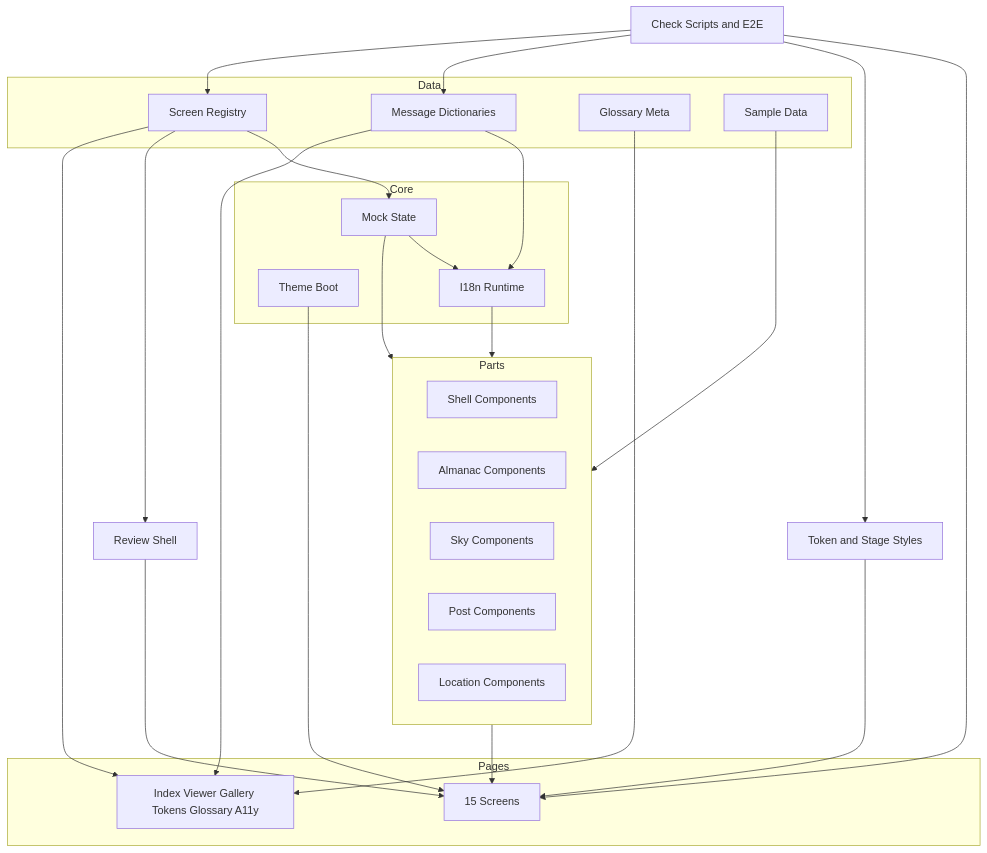
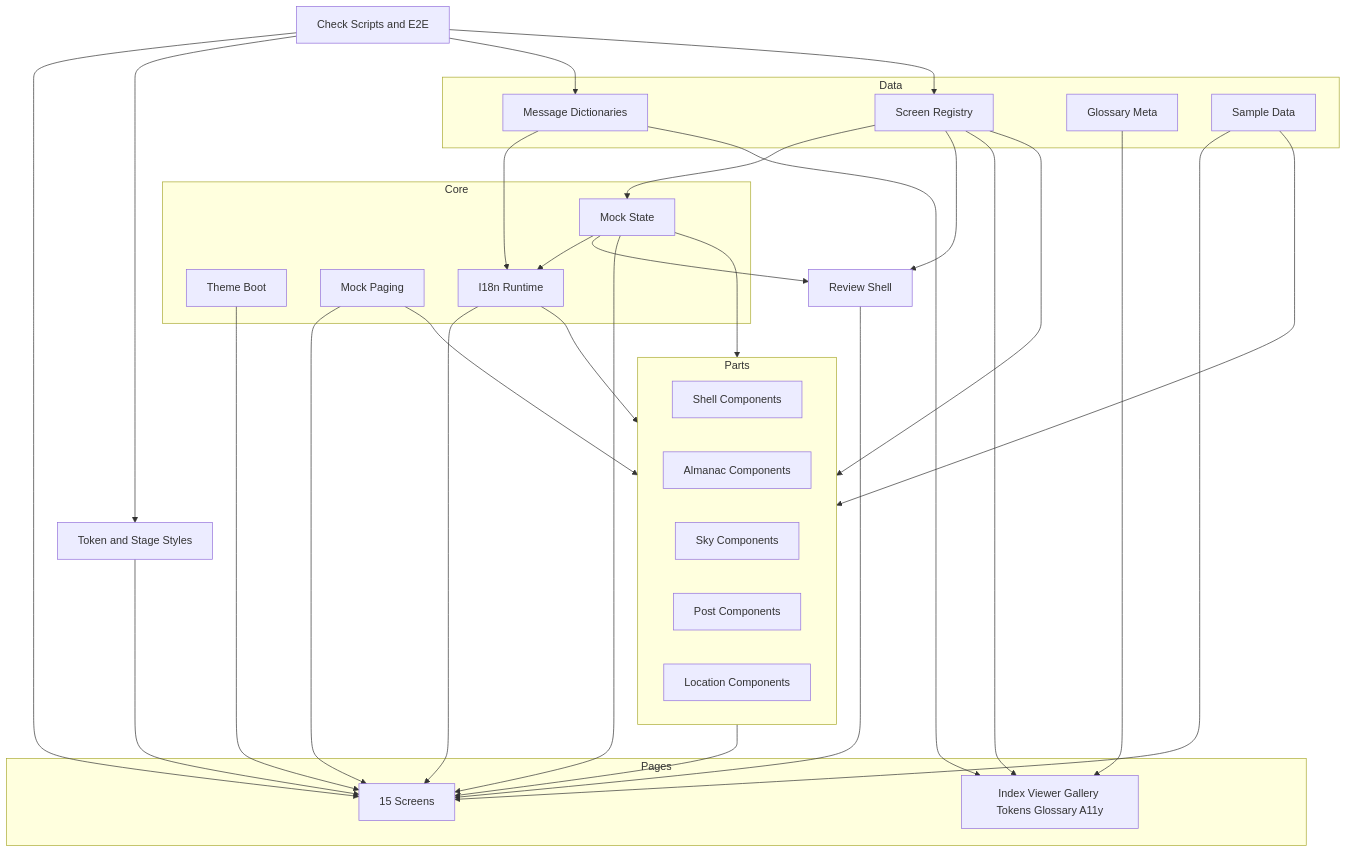
Before and after one commit to t-totsuka/menehune: the first of 3 diagrams in .kiro/specs/ui-mockups/design.md, drawn with Mermaid. The commit also changed other lines of this file and 62 other files, not shown here.

````diff
--- a/.kiro/specs/ui-mockups/design.md
+++ b/.kiro/specs/ui-mockups/design.md
@@ -57,47 +59,55 @@
 ```mermaid
 graph TB
     subgraph Data
         Registry[Screen Registry]
         Messages[Message Dictionaries]
         Glossary[Glossary Meta]
         Sample[Sample Data]
     end
     subgraph Core
         ThemeBoot[Theme Boot]
         MockState[Mock State]
+        Paging[Mock Paging]
         I18n[I18n Runtime]
     end
     subgraph Parts
         Shell[Shell Components]
         Almanac[Almanac Components]
         Sky[Sky Components]
         Posts[Post Components]
         Location[Location Components]
     end
     subgraph Pages
         Screens[15 Screens]
         Catalog[Index Viewer Gallery Tokens Glossary A11y]
     end
     Review[Review Shell]
     Styles[Token and Stage Styles]
     Tools[Check Scripts and E2E]
 
     Messages --> I18n
     Registry --> MockState
     MockState --> I18n
     MockState --> Parts
     I18n --> Parts
     Sample --> Parts
+    Registry --> Parts
+    Paging --> Parts
+    Paging --> Screens
     Parts --> Screens
     Registry --> Review
+    MockState --> Review
     Review --> Screens
+    MockState --> Screens
+    I18n --> Screens
+    Sample --> Screens
     Registry --> Catalog
     Glossary --> Catalog
     Messages --> Catalog
     Styles --> Screens
     ThemeBoot --> Screens
     Tools --> Screens
     Tools --> Styles
     Tools --> Messages
     Tools --> Registry
 ```
````
